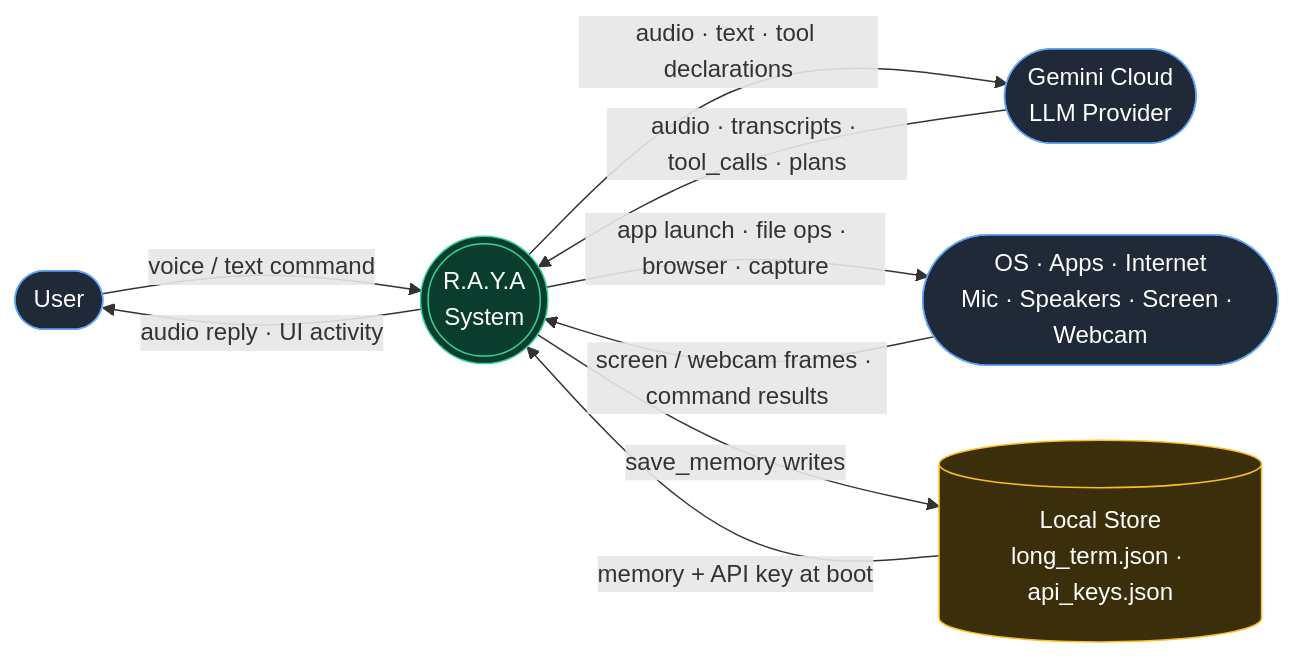
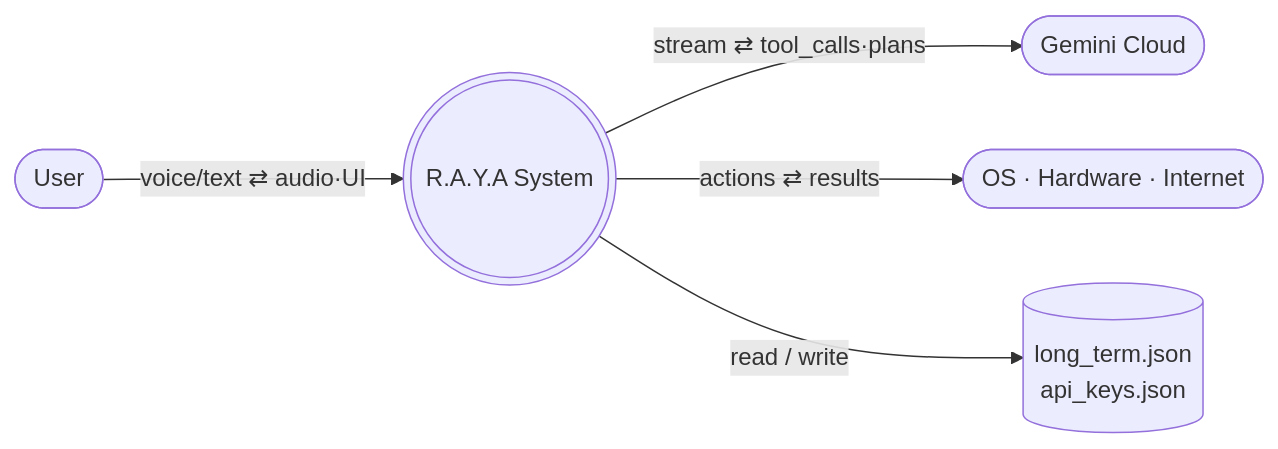
Before and after one commit to abhinavshr89/Raya_report: the first of 6 diagrams in diagrams/README.md, drawn with Mermaid. The commit also changed other lines of this file, not shown here.

Commit message:
shorten diagrams

````diff
--- a/diagrams/README.md
+++ b/diagrams/README.md
@@ -24,22 +11,7 @@
 ```mermaid
 flowchart LR
-    User([User]):::ent
-    LLM([Gemini Cloud<br/>LLM Provider]):::ent
-    OS([OS · Apps · Internet<br/>Mic · Speakers · Screen · Webcam]):::ent
-    Store[("Local Store<br/>long_term.json · api_keys.json")]:::store
-
-    RAYA((("R.A.Y.A<br/>System"))):::proc
-
-    User -->|voice / text command| RAYA
-    RAYA -->|audio reply · UI activity| User
-    RAYA -->|audio · text · tool declarations| LLM
-    LLM -->|audio · transcripts · tool_calls · plans| RAYA
-    RAYA -->|app launch · file ops · browser · capture| OS
-    OS -->|screen / webcam frames · command results| RAYA
-    Store -->|memory + API key at boot| RAYA
-    RAYA -->|save_memory writes| Store
-
-    classDef ent fill:#1f2937,stroke:#60a5fa,color:#fff;
-    classDef proc fill:#0b3d2e,stroke:#34d399,color:#fff;
-    classDef store fill:#3b2f0b,stroke:#fbbf24,color:#fff;
+    User([User]) -- "voice/text ⇄ audio·UI" --> RAYA(((R.A.Y.A System)))
+    RAYA -- "stream ⇄ tool_calls·plans" --> LLM([Gemini Cloud])
+    RAYA -- "actions ⇄ results" --> OS([OS · Hardware · Internet])
+    RAYA -- "read / write" --> Store[("long_term.json<br/>api_keys.json")]
 ```
````
